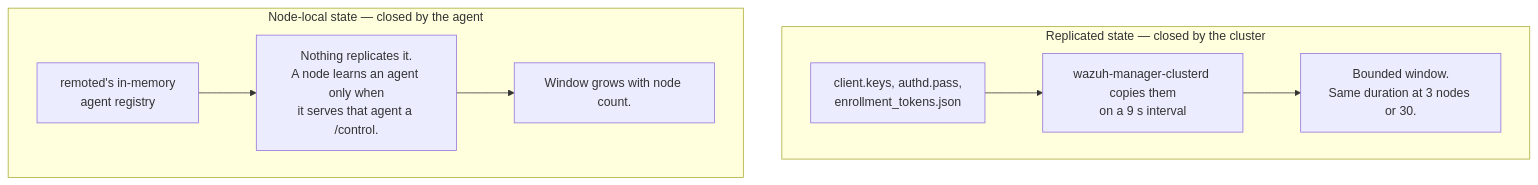
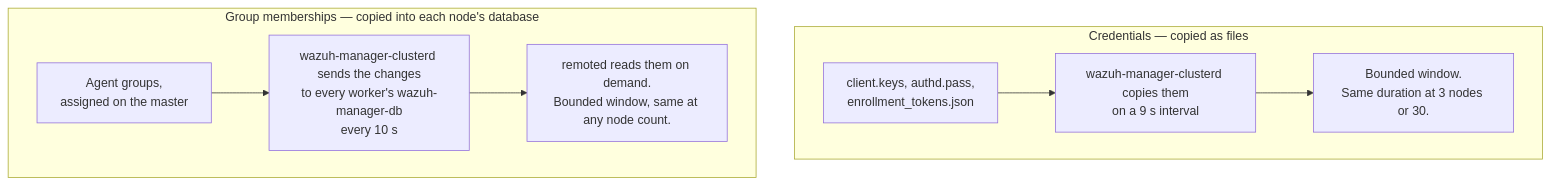
The sixth of 8 diagrams in docs/ref/modules/cluster/lb.md (wazuh/wazuh), drawn with Mermaid before and after one commit. The commit also changed other lines of this file and 2 other files, not shown here.

First line of the commit message:
docs(cluster): describe cross-node configuration downloads in the load-balancer guides

````diff
--- a/docs/ref/modules/cluster/lb.md
+++ b/docs/ref/modules/cluster/lb.md
@@ -239,11 +239,11 @@
 ```mermaid
 flowchart TB
-    subgraph R["Replicated state — closed by the cluster"]
+    subgraph R["Credentials — copied as files"]
         R1["client.keys, authd.pass,<br/>enrollment_tokens.json"] --> R2["wazuh-manager-clusterd copies them<br/>on a 9 s interval"]
         R2 --> R3["Bounded window.<br/>Same duration at 3 nodes or 30."]
     end
-    subgraph L["Node-local state — closed by the agent"]
-        L1["remoted's in-memory<br/>agent registry"] --> L2["Nothing replicates it.<br/>A node learns an agent only when<br/>it serves that agent a /control."]
-        L2 --> L3["Window grows with node count."]
+    subgraph G["Group memberships — copied into each node's database"]
+        G1["Agent groups,<br/>assigned on the master"] --> G2["wazuh-manager-clusterd sends the changes<br/>to every worker's wazuh-manager-db<br/>every 10 s"]
+        G2 --> G3["remoted reads them on demand.<br/>Bounded window, same at any node count."]
     end
 ```
````
